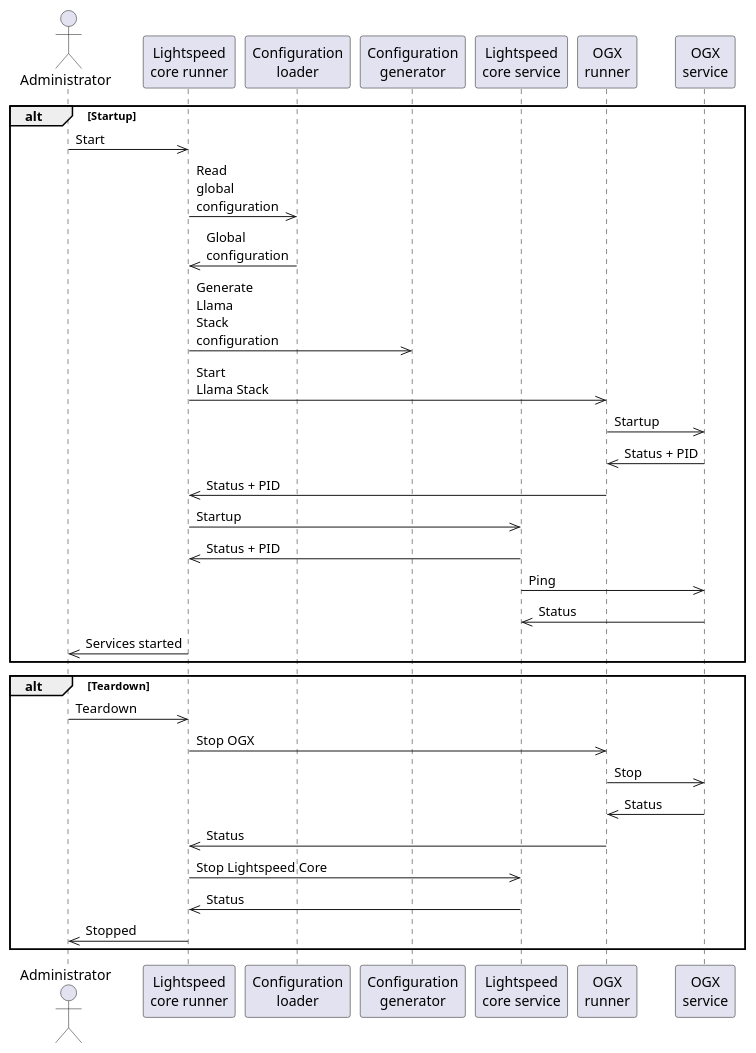
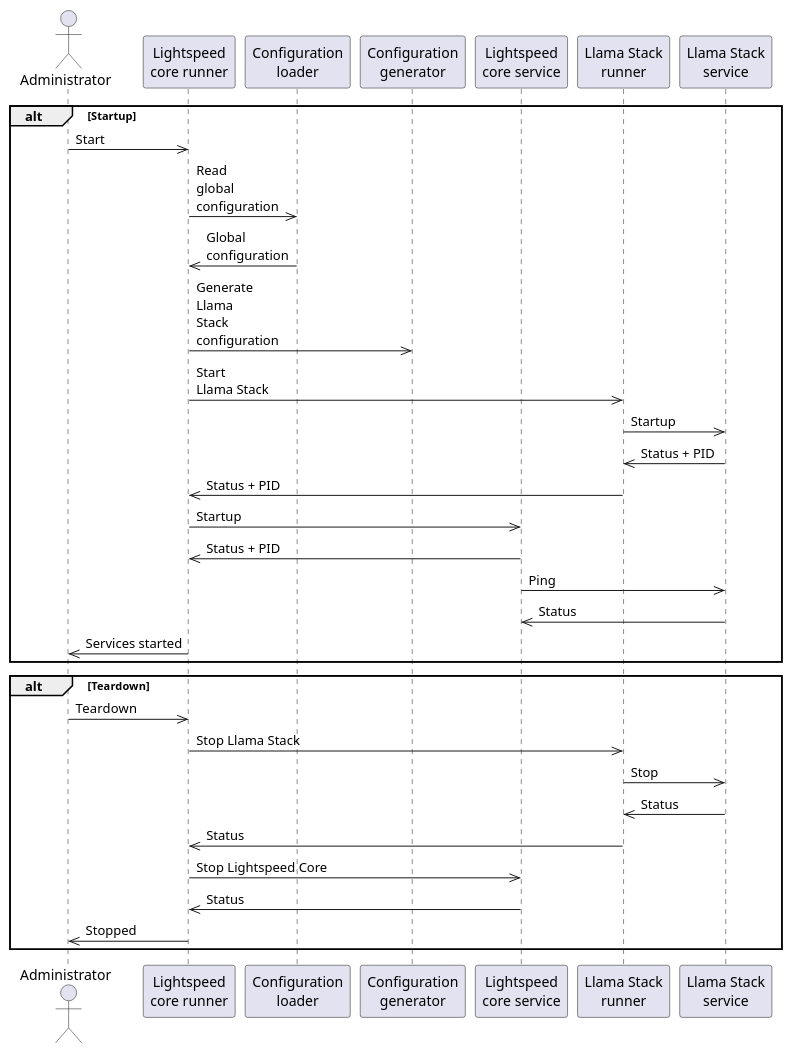
One commit to lightspeed-core/lightspeed-stack changed the diagram in docs/design/low-overhead-deployment-for-server-mode/sequence_diagram.puml. Above: the diagram before and after it, drawn with PlantUML. The commit also changed 615 other files, not shown here.

```diff
--- a/docs/design/low-overhead-deployment-for-server-mode/sequence_diagram.puml
+++ b/docs/design/low-overhead-deployment-for-server-mode/sequence_diagram.puml
@@ -1,36 +1,36 @@
 @startuml
 actor       admin      as "Administrator"
 participant runner     as "Lightspeed\ncore runner"
 participant cfg_1      as "Configuration\nloader"
 participant cfg_2      as "Configuration\ngenerator"
 participant lcore      as "Lightspeed\ncore service"
-participant ls_runner  as "OGX\nrunner"
-participant ls_service as "OGX\nservice"
+participant ls_runner  as "Llama Stack\nrunner"
+participant ls_service as "Llama Stack\nservice"
 
 alt Startup
 admin ->> runner: Start
 runner ->> cfg_1: Read\nglobal\nconfiguration
 cfg_1 ->> runner: Global\nconfiguration
 runner ->> cfg_2: Generate\nLlama\nStack\nconfiguration
 runner ->> ls_runner: Start\nLlama Stack
 ls_runner ->> ls_service: Startup
 ls_service ->> ls_runner: Status + PID
 ls_runner ->> runner: Status + PID
 runner ->> lcore: Startup
 lcore ->> runner: Status + PID
 lcore ->> ls_service: Ping
 ls_service ->> lcore: Status
 runner ->> admin: Services started
 end
 
 alt Teardown
 admin ->> runner: Teardown
-runner ->> ls_runner: Stop OGX
+runner ->> ls_runner: Stop Llama Stack
 ls_runner ->> ls_service: Stop
 ls_service ->> ls_runner: Status
 ls_runner ->> runner: Status
 runner ->> lcore: Stop Lightspeed Core
 lcore ->> runner: Status
 runner ->> admin: Stopped
 end
 @enduml
```
